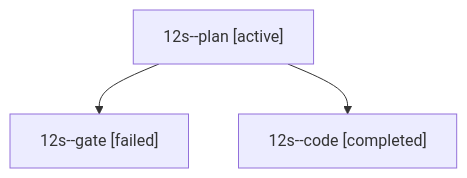
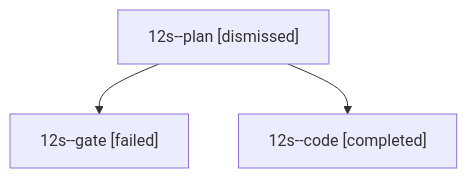
One commit to bobs-org/bob-cli--agents changed the diagram in sessions/bbugyi200.athena.12s.md. Above: the diagram before and after it, drawn with Mermaid. The commit also changed other lines of this file and 16 other files, not shown here.

````diff
--- a/sessions/bbugyi200.athena.12s.md
+++ b/sessions/bbugyi200.athena.12s.md
@@ -9,8 +9,8 @@
 ```mermaid
 flowchart TD
-  n0["12s--plan [active]"]
+  n0["12s--plan [dismissed]"]
   n1["12s--gate [failed]"]
   n0 --> n1
   n2["12s--code [completed]"]
   n0 --> n2
 ```
````
